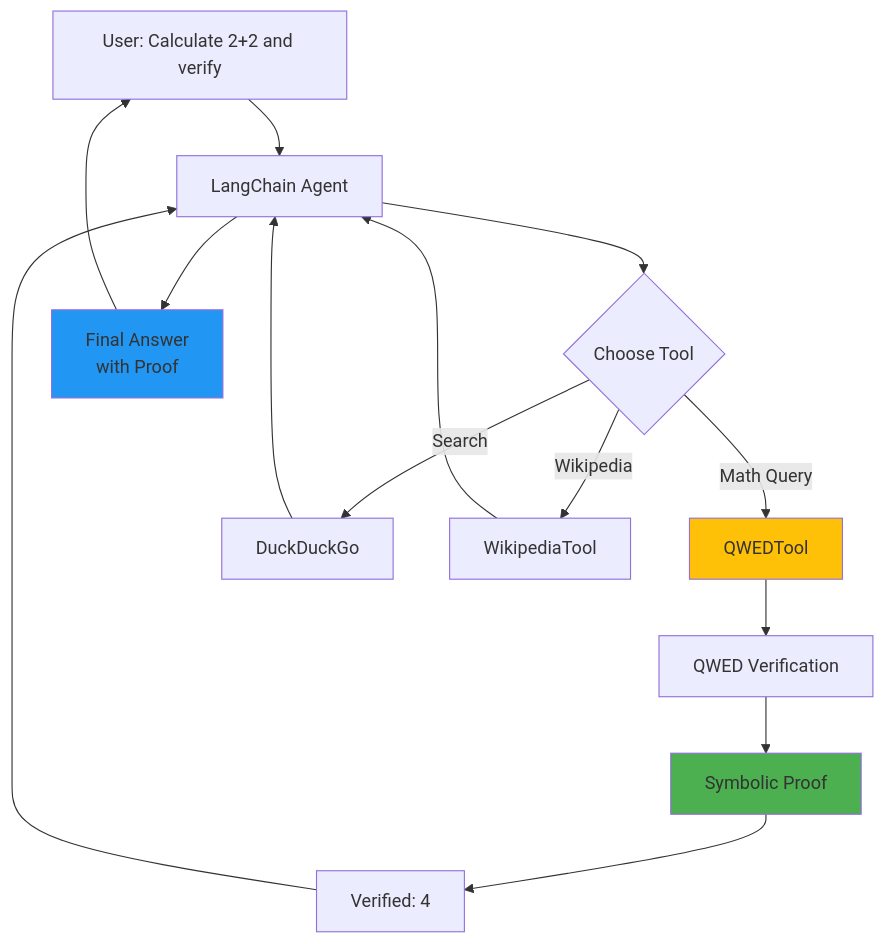
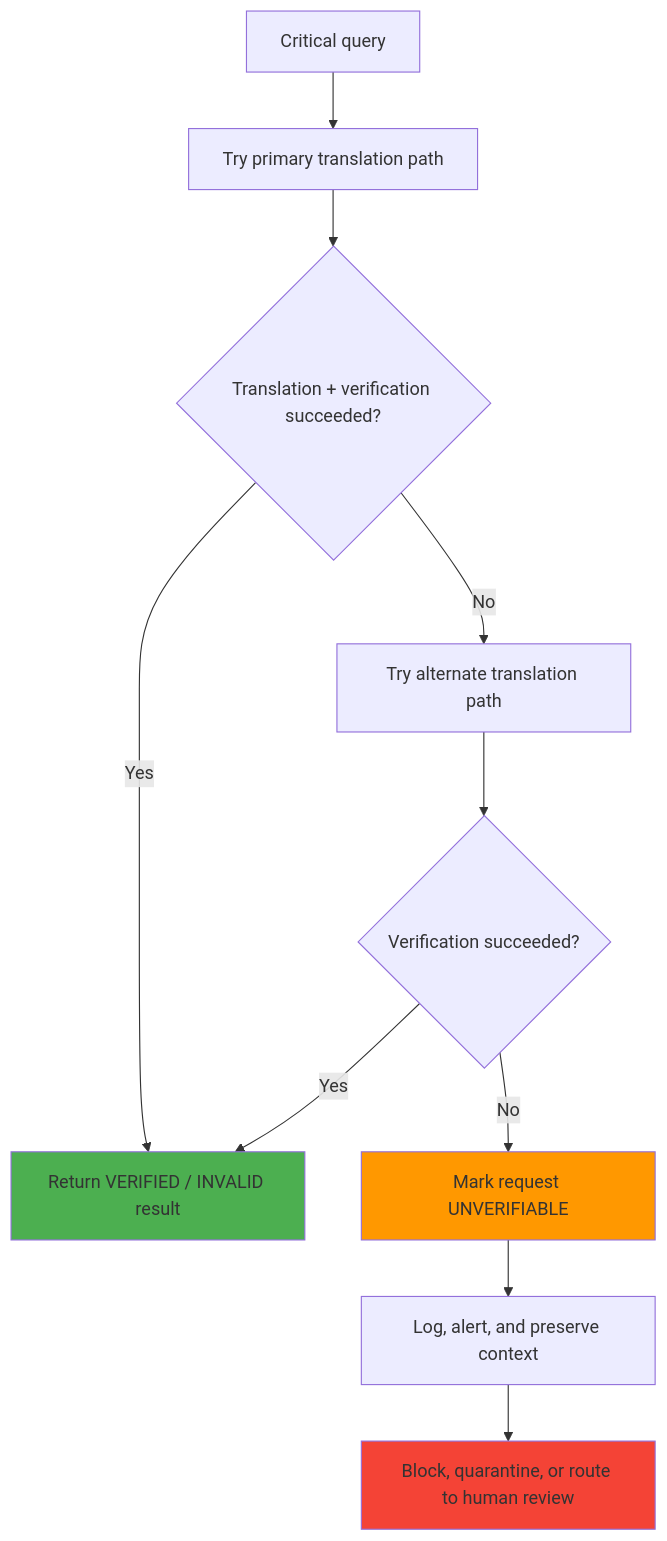
The third of 5 diagrams in ARCHITECTURE.md (QWED-AI/qwed-learning), drawn with Mermaid before and after one commit. The commit also changed other lines of this file and 23 other files, not shown here.

````diff
--- a/ARCHITECTURE.md
+++ b/ARCHITECTURE.md
@@ -107,23 +75,16 @@
 ```mermaid
-graph TB
-    A[User: Calculate 2+2 and verify] --> B[LangChain Agent]
-    B --> C{Choose Tool}
-    C -->|Math Query| D[QWEDTool]
-    C -->|Search| E[DuckDuckGo]
-    C -->|Wikipedia| F[WikipediaTool]
-    
-    D --> G[QWED Verification]
-    G --> H[Symbolic Proof]
-    H --> I[Verified: 4]
-    I --> B
-    
-    E --> B
-    F --> B
-    
-    B --> J[Final Answer<br/>with Proof]
-    J --> A
-    
-    style D fill:#ffc107
-    style H fill:#4caf50
-    style J fill:#2196f3
+graph TD
+    A["Critical query"] --> B["Try primary translation path"]
+    B --> C{"Translation + verification succeeded?"}
+    C -->|Yes| D["Return VERIFIED / INVALID result"]
+    C -->|No| E["Try alternate translation path"]
+    E --> F{"Verification succeeded?"}
+    F -->|Yes| D
+    F -->|No| G["Mark request UNVERIFIABLE"]
+    G --> H["Log, alert, and preserve context"]
+    H --> I["Block, quarantine, or route to human review"]
+
+    style D fill:#4caf50
+    style G fill:#ff9800
+    style I fill:#f44336
 ```
````
